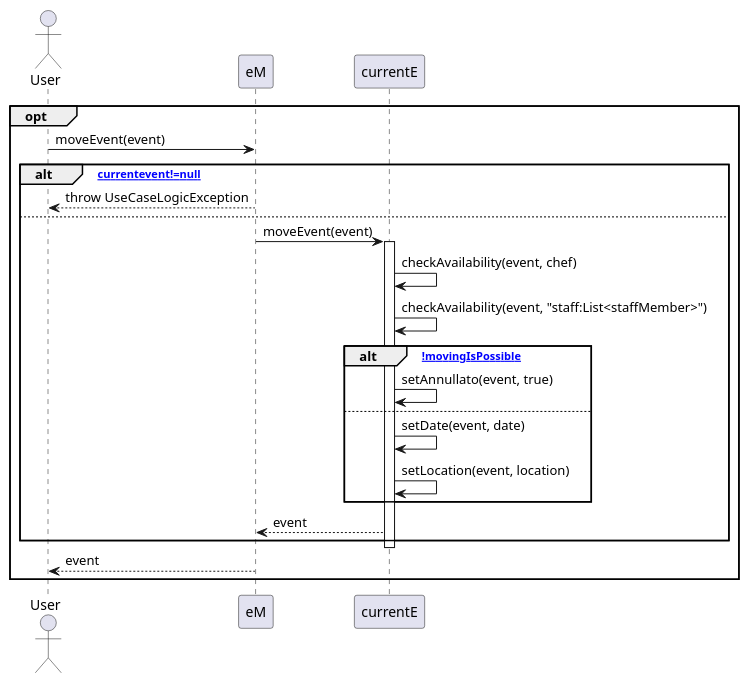
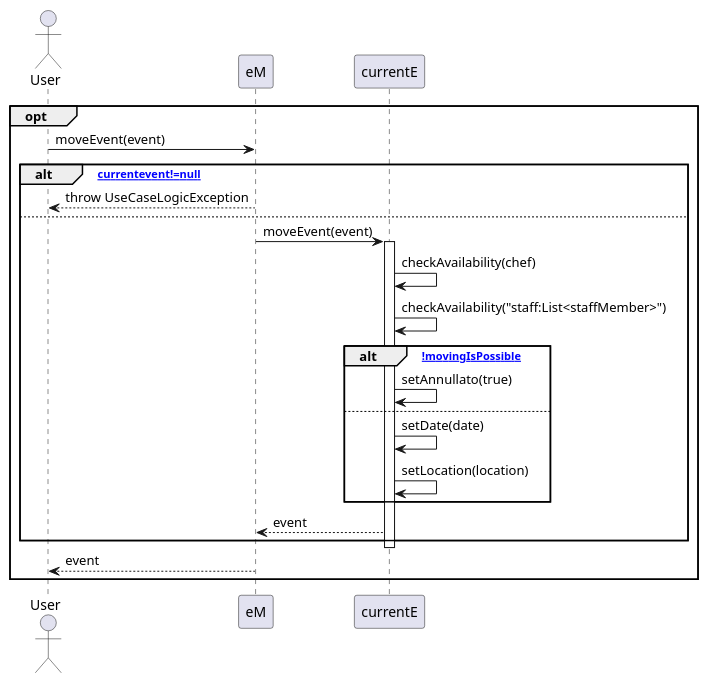
Before and after one commit to m0canu1/sas: the diagram in dsd/dsd-eventi/spostaEvento.md, drawn with PlantUML. The commit also changed 2 other files, not shown here.

Commit message:
Correzioni sul linguaggio e sui metodi

````diff
--- a/dsd/dsd-eventi/spostaEvento.md
+++ b/dsd/dsd-eventi/spostaEvento.md
@@ -1,32 +1,32 @@
 ```plantuml
 Actor User
 Participant eM
 Participant currentE
 
 opt
     User -> eM: moveEvent(event)
 
     alt [currentevent!=null]
         eM --> User: throw UseCaseLogicException
     else
         eM -> currentE: moveEvent(event)
         Activate currentE
         
-        currentE -> currentE: checkAvailability(event, chef)
-        currentE -> currentE: checkAvailability(event, "staff:List<staffMember>")
+        currentE -> currentE: checkAvailability(chef)
+        currentE -> currentE: checkAvailability("staff:List<staffMember>")
 
         alt [!movingIsPossible]
-            currentE -> currentE: setAnnullato(event, true)
+            currentE -> currentE: setAnnullato(true)
         else
-            currentE -> currentE: setDate(event, date)
-            currentE -> currentE: setLocation(event, location)
+            currentE -> currentE: setDate(date)
+            currentE -> currentE: setLocation(location)
         end
         currentE --> eM: event
     end
     Deactivate currentE
 
     eM --> User: event
 end
 
 
 ```
````
